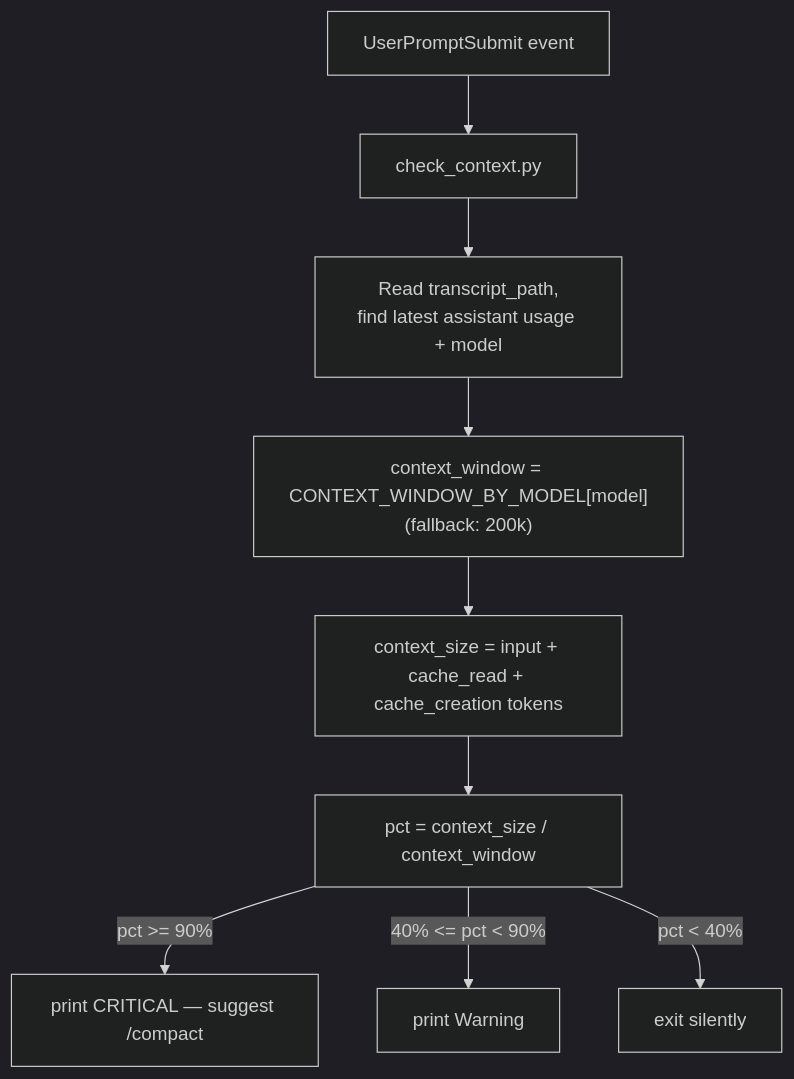
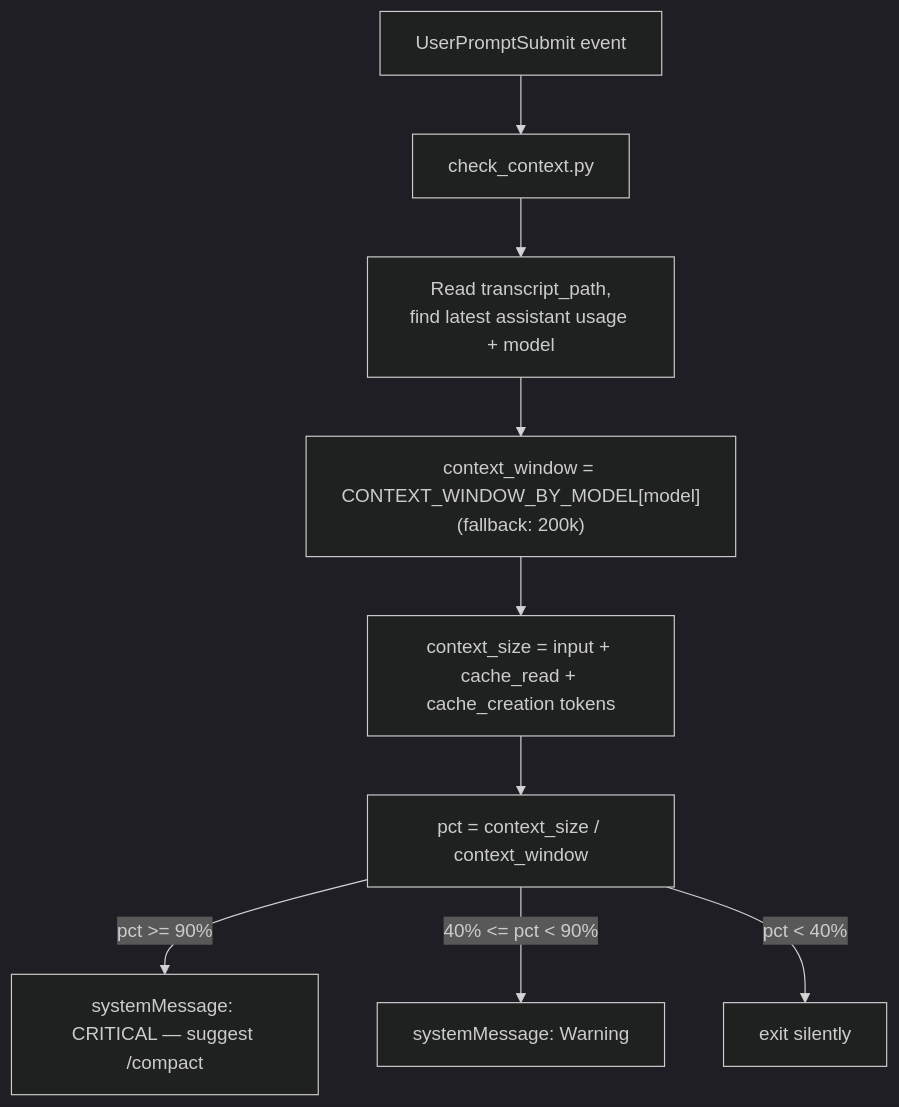
One commit to cieyhomelab/hooks changed the diagram in context-window-check/README.md. Above: the diagram before and after it, drawn with Mermaid (dark theme). The commit also changed other lines of this file and 4 other files, not shown here.

Commit message:
Show hook warnings to the user via systemMessage instead of stdout

````diff
--- a/context-window-check/README.md
+++ b/context-window-check/README.md
@@ -35,11 +35,11 @@
 ```mermaid
 flowchart TD
     UPS[UserPromptSubmit event] --> CC[check_context.py]
     CC --> T1[Read transcript_path,\nfind latest assistant usage + model]
     T1 --> CW["context_window = CONTEXT_WINDOW_BY_MODEL[model]\n(fallback: 200k)"]
     CW --> CS1["context_size = input + cache_read + cache_creation tokens"]
     CS1 --> PCT["pct = context_size / context_window"]
-    PCT -->|pct >= 90%| CRIT["print CRITICAL — suggest /compact"]
-    PCT -->|40% <= pct < 90%| WARN1["print Warning"]
+    PCT -->|pct >= 90%| CRIT["systemMessage: CRITICAL — suggest /compact"]
+    PCT -->|40% <= pct < 90%| WARN1["systemMessage: Warning"]
     PCT -->|pct < 40%| SILENT[exit silently]
 ```
````
